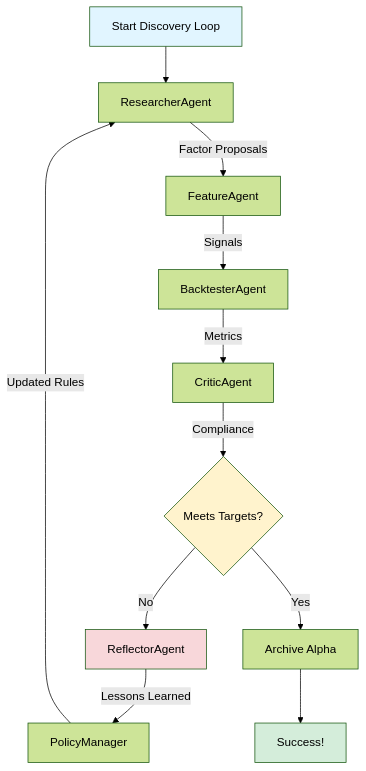
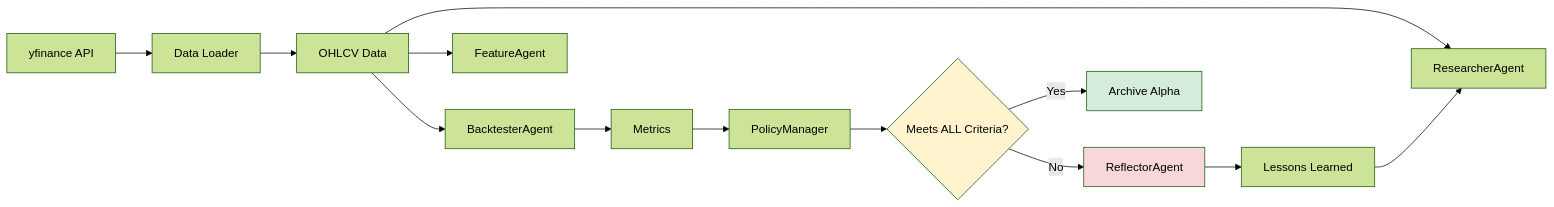
The first of 2 diagrams in README.md (WenyuChiou/QUANTALPHA), drawn with Mermaid (forest theme) before and after one commit. The commit also changed other lines of this file and 24 other files, not shown here.

````diff
--- a/README.md
+++ b/README.md
@@ -81,18 +23,19 @@
 ```mermaid
-graph TD
-    A[Start Discovery Loop] --> B[ResearcherAgent]
-    B -->|Factor Proposals| C[FeatureAgent]
-    C -->|Signals| D[BacktesterAgent]
-    D -->|Metrics| E[CriticAgent]
-    E -->|Compliance| F{Meets Targets?}
-    F -->|No| G[ReflectorAgent]
-    G -->|Lessons Learned| H[PolicyManager]
-    H -->|Updated Rules| B
-    F -->|Yes| I[Archive Alpha]
-    I --> J[Success!]
+graph LR
+    A[yfinance API] --> B[Data Loader]
+    B --> C[OHLCV Data]
+    C --> D[ResearcherAgent]
+    C --> E[FeatureAgent]
+    C --> F[BacktesterAgent]
+    F --> G[Metrics]
+    G --> H[PolicyManager]
+    H --> I{Meets ALL Criteria?}
+    I -->|Yes| J[Archive Alpha]
+    I -->|No| K[ReflectorAgent]
+    K --> L[Lessons Learned]
+    L --> D
     
-    style A fill:#e1f5ff
+    style I fill:#fff3cd
     style J fill:#d4edda
-    style F fill:#fff3cd
-    style G fill:#f8d7da
+    style K fill:#f8d7da
 ```
````
